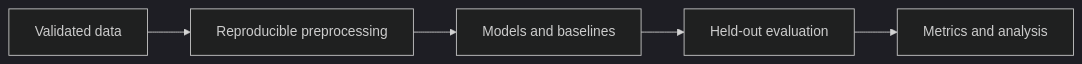
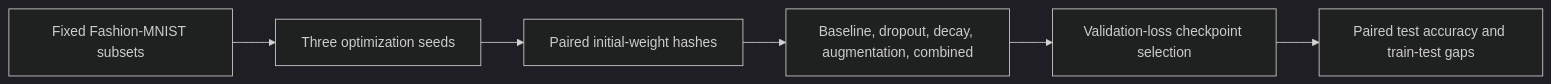
The diagram in README.md (ayanirfan099/investigating-generalization-in-neural-networks), drawn with Mermaid (dark theme) before and after one commit. The commit also changed other lines of this file and 2 other files, not shown here.

Commit message:
docs: lead with measured regularization effects and caveats

````diff
--- a/README.md
+++ b/README.md
@@ -8,7 +43,8 @@
 ```mermaid
 flowchart LR
-    A[Validated data] --> B[Reproducible preprocessing]
-    B --> C[Models and baselines]
-    C --> D[Held-out evaluation]
-    D --> E[Metrics and analysis]
+    Data[Fixed Fashion-MNIST subsets] --> Seeds[Three optimization seeds]
+    Seeds --> Init[Paired initial-weight hashes]
+    Init --> Arms[Baseline, dropout, decay, augmentation, combined]
+    Arms --> Select[Validation-loss checkpoint selection]
+    Select --> Compare[Paired test accuracy and train-test gaps]
 ```
````
